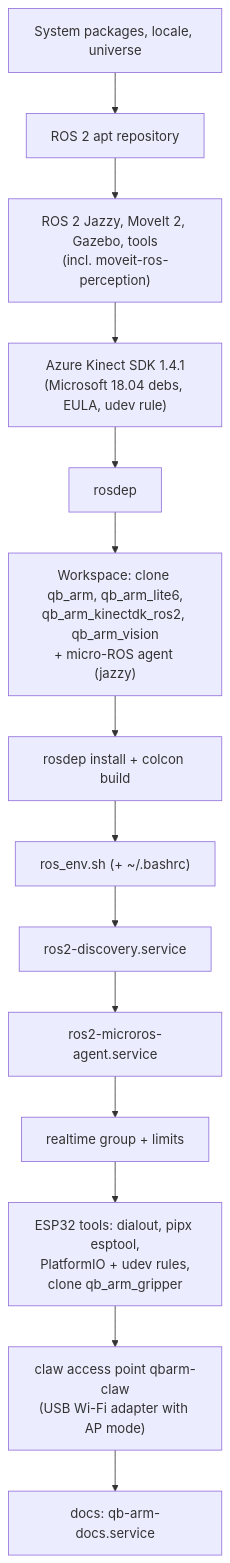
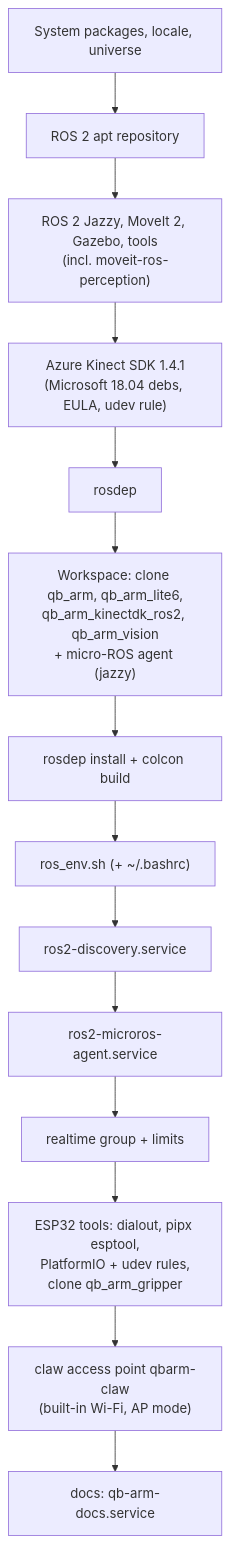
The diagram in docs/pages/11-infrastructure.md (whoobee/qb_arm_install), drawn with Mermaid before and after one commit. The commit also changed other lines of this file and 6 other files, not shown here.

First line of the commit message:
Claw access point on the built-in Wi-Fi (no USB adapter needed); qBArm on its cable only

````diff
--- a/docs/pages/11-infrastructure.md
+++ b/docs/pages/11-infrastructure.md
@@ -10,16 +10,16 @@
 ```mermaid
 flowchart TB
     A["System packages, locale, universe"] --> B["ROS 2 apt repository"]
     B --> C["ROS 2 Jazzy, MoveIt 2, Gazebo, tools<br/>(incl. moveit-ros-perception)"]
     C --> D["Azure Kinect SDK 1.4.1<br/>(Microsoft 18.04 debs, EULA, udev rule)"]
     D --> E["rosdep"]
     E --> F["Workspace: clone qb_arm, qb_arm_lite6,<br/>qb_arm_kinectdk_ros2, qb_arm_vision<br/>+ micro-ROS agent (jazzy)"]
     F --> G["rosdep install + colcon build"]
     G --> H["ros_env.sh (+ ~/.bashrc)"]
     H --> I["ros2-discovery.service"]
     I --> J["ros2-microros-agent.service"]
     J --> K["realtime group + limits"]
     K --> L["ESP32 tools: dialout, pipx esptool,<br/>PlatformIO + udev rules,<br/>clone qb_arm_gripper"]
-    L --> AP["claw access point qbarm-claw<br/>(USB Wi-Fi adapter with AP mode)"]
+    L --> AP["claw access point qbarm-claw<br/>(built-in Wi-Fi, AP mode)"]
     AP --> M["docs: qb-arm-docs.service"]
 ```
````
